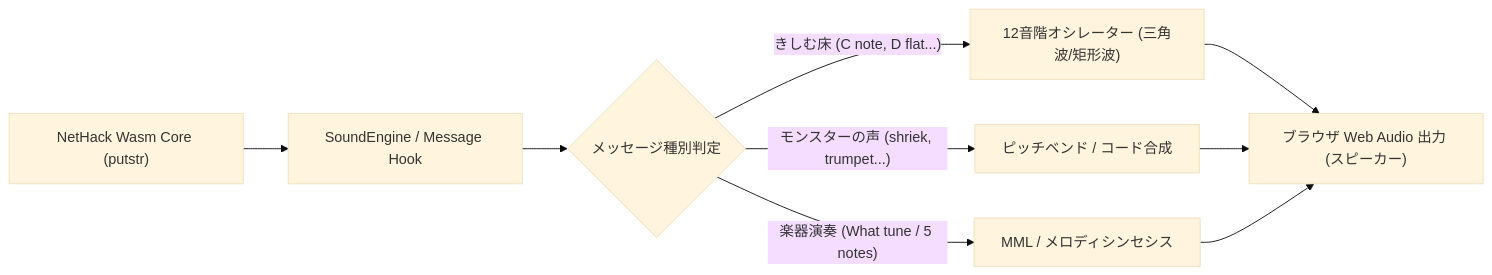
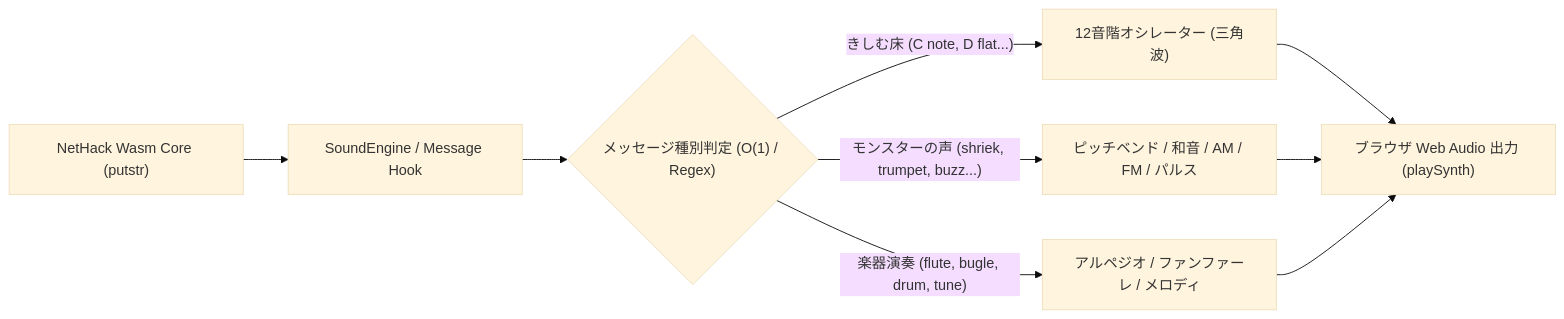
Before and after one commit to e3sh/Nethack-wasm-webUI: the diagram in docs/4_sound/dynamic_musical_synthesis_concept.ja.md, drawn with Mermaid (base theme). The commit also changed other lines of this file and 8 other files, not shown here.

````diff
--- a/docs/4_sound/dynamic_musical_synthesis_concept.ja.md
+++ b/docs/4_sound/dynamic_musical_synthesis_concept.ja.md
@@ -24,11 +26,11 @@
 ```mermaid
 flowchart LR
     A["NetHack Wasm Core (putstr)"] --> B["SoundEngine / Message Hook"]
-    B --> C{"メッセージ種別判定"}
-    C -->|"きしむ床 (C note, D flat...)"| D["12音階オシレーター (三角波/矩形波)"]
-    C -->|"モンスターの声 (shriek, trumpet...)"| E["ピッチベンド / コード合成"]
-    C -->|"楽器演奏 (What tune / 5 notes)"| F["MML / メロディシンセシス"]
-    D --> G["ブラウザ Web Audio 出力 (スピーカー)"]
+    B --> C{"メッセージ種別判定 (O(1) / Regex)"}
+    C -->|"きしむ床 (C note, D flat...)"| D["12音階オシレーター (三角波)"]
+    C -->|"モンスターの声 (shriek, trumpet, buzz...)"| E["ピッチベンド / 和音 / AM / FM / パルス"]
+    C -->|"楽器演奏 (flute, bugle, drum, tune)"| F["アルペジオ / ファンファーレ / メロディ"]
+    D --> G["ブラウザ Web Audio 出力 (playSynth)"]
     E --> G
     F --> G
 ```
````
